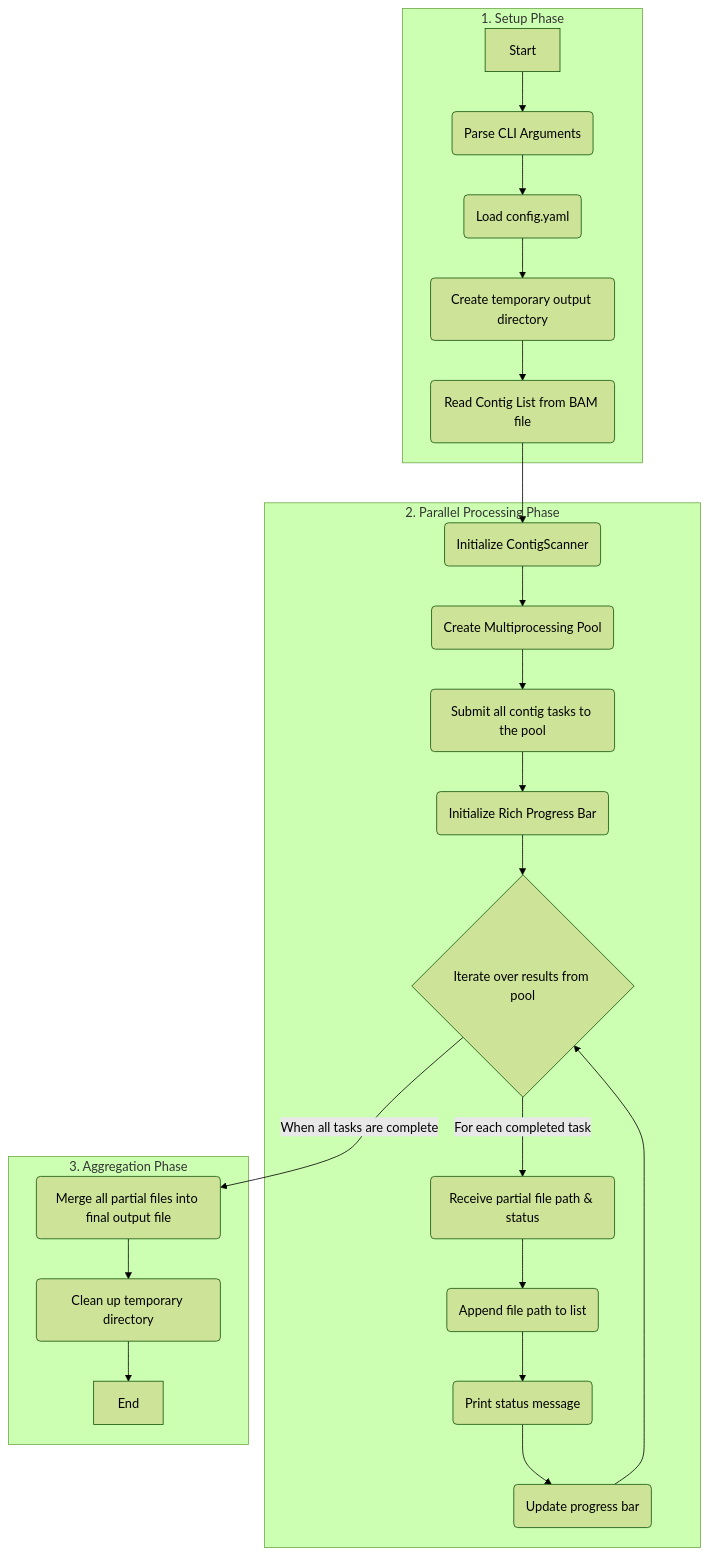
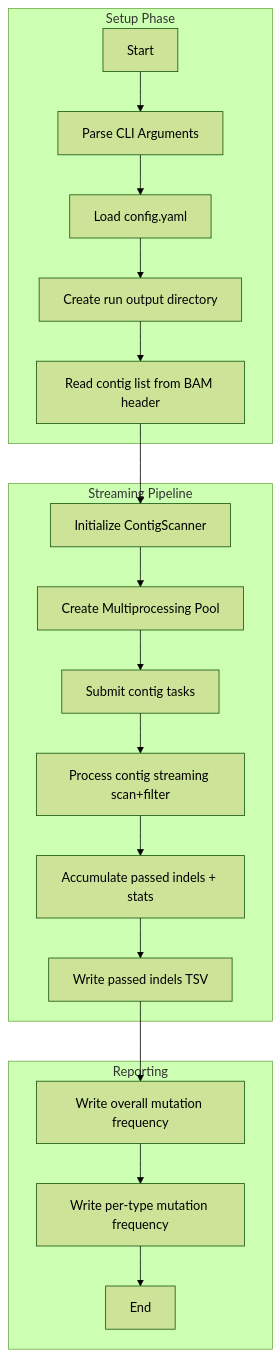
Before and after one commit to PeterKADam/indel_scanner: the diagram in flowchat.mermaid, drawn with Mermaid (forest theme). The commit also changed 22 other files, not shown here.

```diff
--- a/flowchat.mermaid
+++ b/flowchat.mermaid
@@ -1,26 +1,22 @@
 flowchart TD
-    subgraph "1. Setup Phase"
-        A[Start] --> B(Parse CLI Arguments);
-        B --> C(Load config.yaml);
-        C --> D(Create temporary output directory);
-        D --> E(Read Contig List from BAM file);
+    subgraph setupPhase[Setup Phase]
+        A[Start] --> B[Parse CLI Arguments]
+        B --> C[Load config.yaml]
+        C --> D[Create run output directory]
+        D --> E[Read contig list from BAM header]
     end
 
-    subgraph "2. Parallel Processing Phase"
-        E --> F(Initialize ContigScanner);
-        F --> G(Create Multiprocessing Pool);
-        G --> H(Submit all contig tasks to the pool);
-        H --> I(Initialize Rich Progress Bar);
-        I --> J{Iterate over results from pool};
-        J -- For each completed task --> K(Receive partial file path & status);
-        K --> L(Append file path to list);
-        L --> M(Print status message);
-        M --> N(Update progress bar);
-        N --> J;
+    subgraph streamingPhase[Streaming Pipeline]
+        E --> F[Initialize ContigScanner]
+        F --> G[Create Multiprocessing Pool]
+        G --> H[Submit contig tasks]
+        H --> I[Process contig streaming scan+filter]
+        I --> J[Accumulate passed indels + stats]
+        J --> K[Write passed indels TSV]
     end
-    
-    subgraph "3. Aggregation Phase"
-        J -- When all tasks are complete --> O(Merge all partial files into final output file);
-        O --> P(Clean up temporary directory);
-        P --> Q[End];
+
+    subgraph reportingPhase[Reporting]
+        K --> L[Write overall mutation frequency]
+        L --> M[Write per-type mutation frequency]
+        M --> N[End]
     end
```
